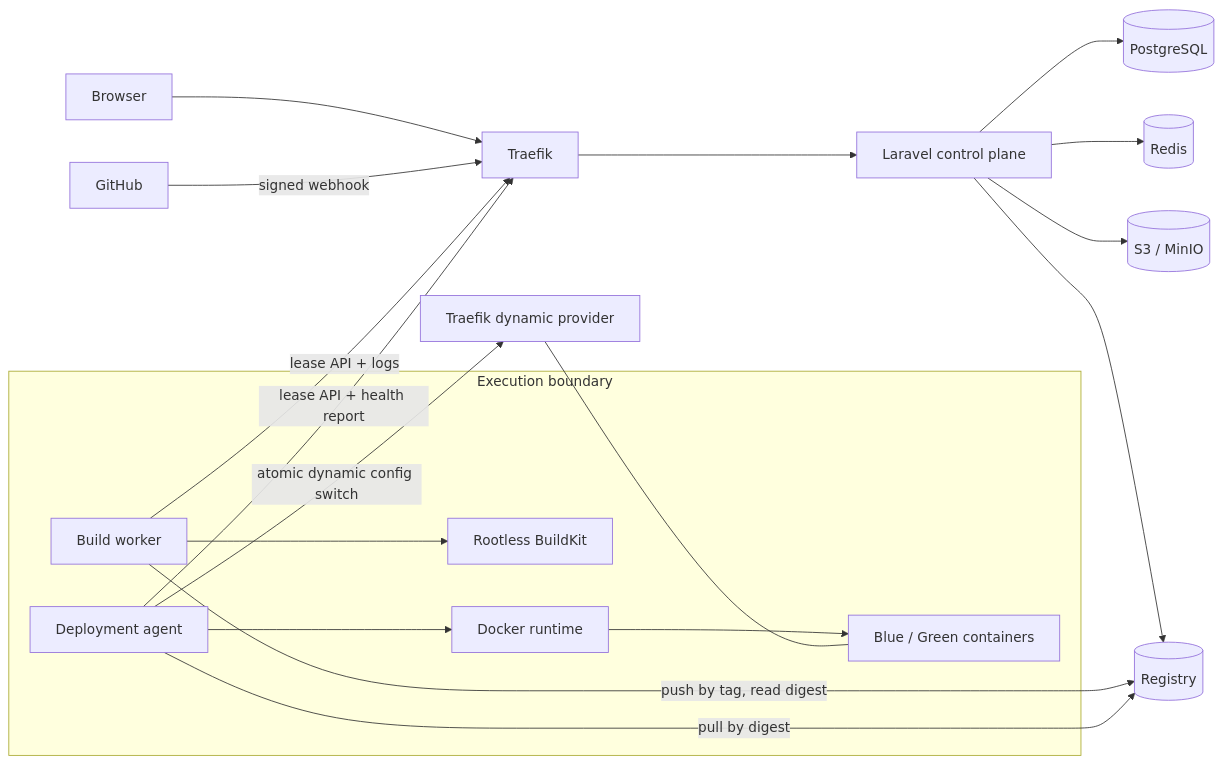
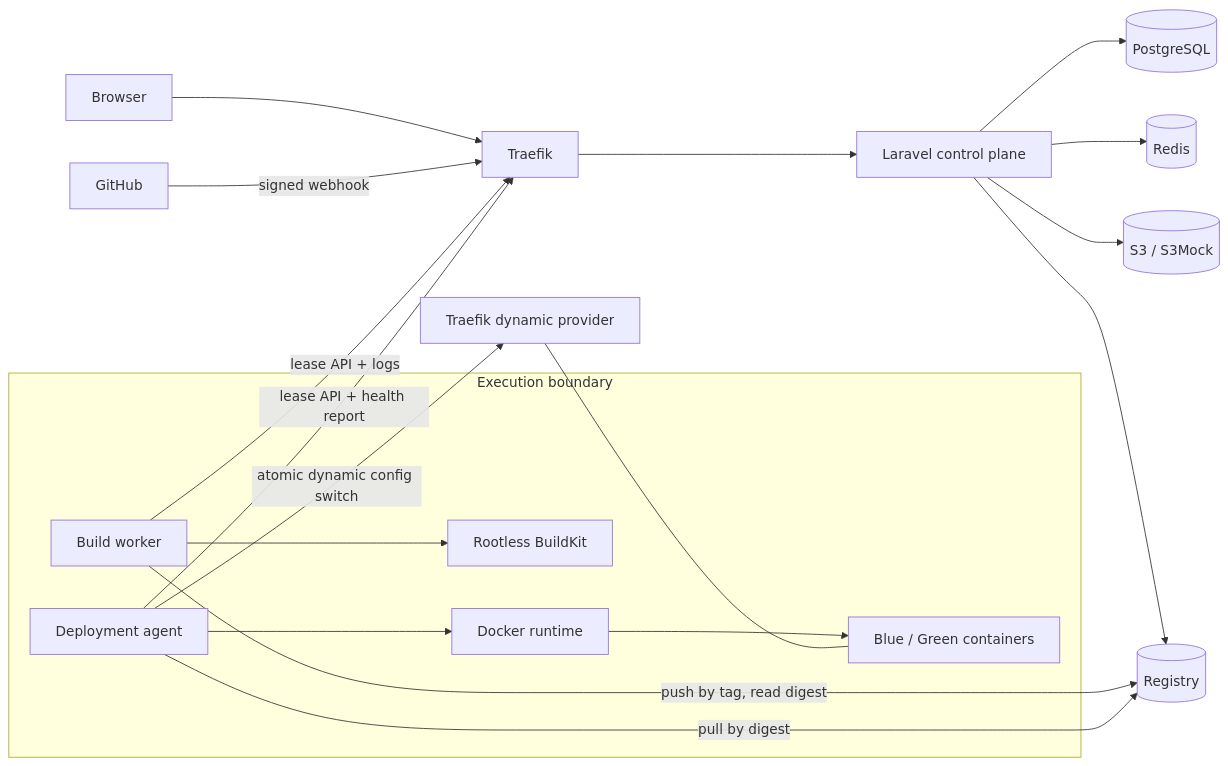
Before and after one commit to fairulmuhammad/DeployFLow: the first of 3 diagrams in docs/ARCHITECTURE.md, drawn with Mermaid. The commit also changed other lines of this file and 6 other files, not shown here.

First line of the commit message:
chore(infra): replace MinIO with S3Mock and verify full stack boot (DF-002)

````diff
--- a/docs/ARCHITECTURE.md
+++ b/docs/ARCHITECTURE.md
@@ -21,28 +21,28 @@
 ```mermaid
 flowchart LR
   U[Browser] --> RP[Traefik]
   GH[GitHub] -->|signed webhook| RP
   RP --> APP[Laravel control plane]
   APP --> PG[(PostgreSQL)]
   APP --> RD[(Redis)]
-  APP --> S3[(S3 / MinIO)]
+  APP --> S3[(S3 / S3Mock)]
   APP --> REG[(Registry)]
 
   subgraph EXEC[Execution boundary]
     BW[Build worker]
     DA[Deployment agent]
     BK[Rootless BuildKit]
     DK[Docker runtime]
     SLOT[Blue / Green containers]
     BW --> BK
     DA --> DK
     DK --> SLOT
   end
 
   BW -->|lease API + logs| RP
   DA -->|lease API + health report| RP
   BW -->|push by tag, read digest| REG
   DA -->|pull by digest| REG
   TRAF[Traefik dynamic provider] --- SLOT
   DA -->|atomic dynamic config switch| TRAF
 ```
````
